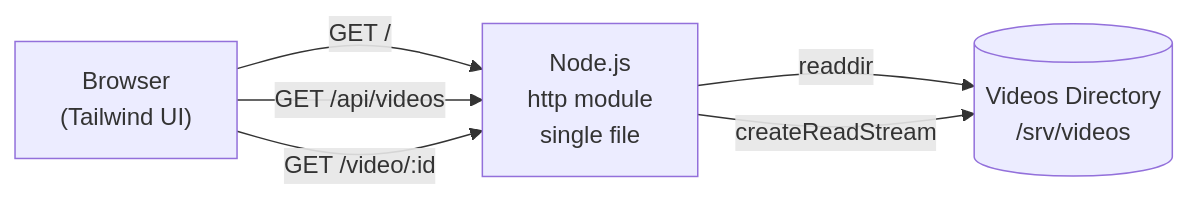
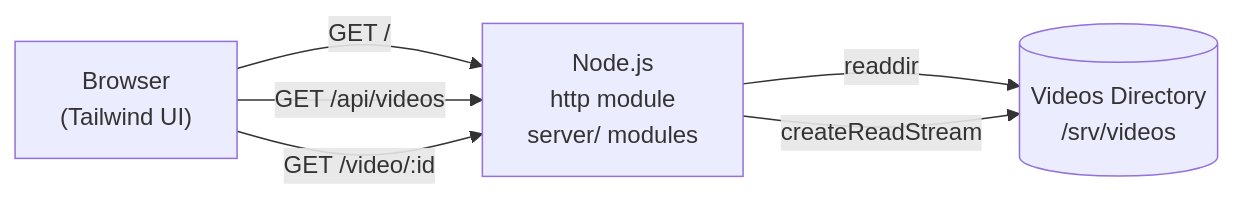
Before and after one commit to gogilo2003/home-media: the first of 3 diagrams in docs/video-streaming-design.md, drawn with Mermaid. The commit also changed other lines of this file and 4 other files, not shown here.

````diff
--- a/docs/video-streaming-design.md
+++ b/docs/video-streaming-design.md
@@ -26,12 +26,12 @@
 ```mermaid
 graph LR
     Browser["Browser<br/>(Tailwind UI)"]
-    Server["Node.js<br/>http module<br/>single file"]
+    Server["Node.js<br/>http module<br/>server/ modules"]
     FS[("Videos Directory<br/>/srv/videos")]
 
     Browser -->|GET /| Server
     Browser -->|GET /api/videos| Server
     Browser -->|GET /video/:id| Server
     Server -->|readdir| FS
     Server -->|createReadStream| FS
 ```
````
